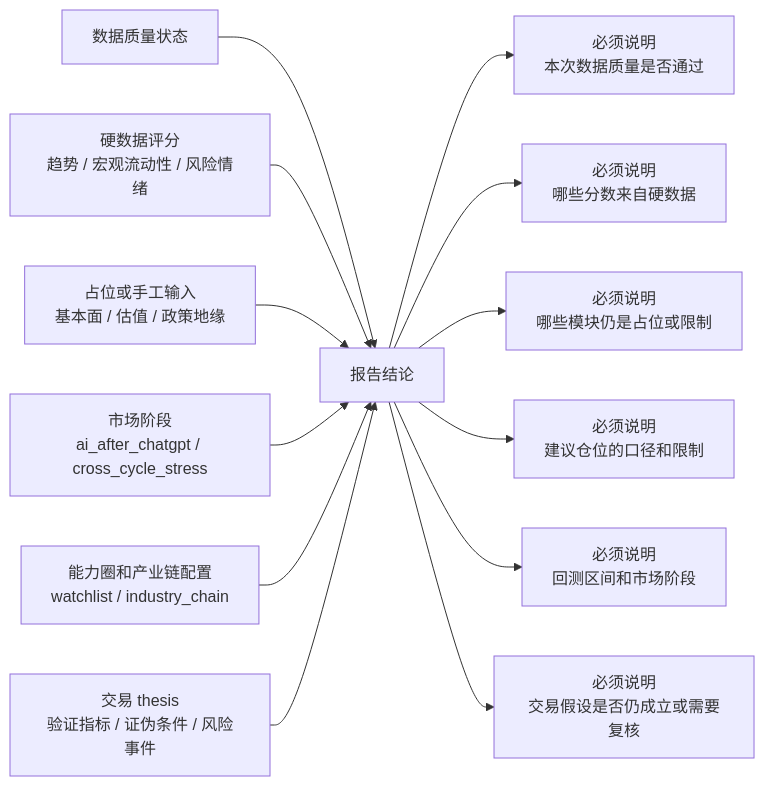
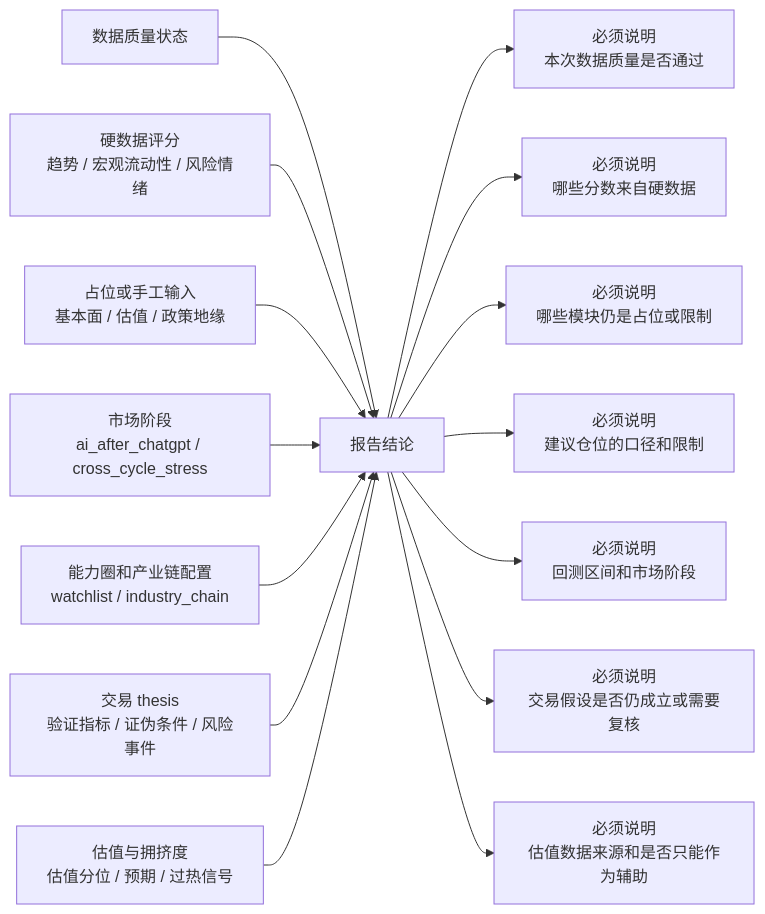
One commit to AI-Trading-Collaboration/AITradingSystem changed the fourth of 5 diagrams in docs/system_flow.md. Above: the diagram before and after it, drawn with Mermaid. The commit also changed other lines of this file and 9 other files, not shown here.

````diff
--- a/docs/system_flow.md
+++ b/docs/system_flow.md
@@ -201,16 +218,18 @@
 ```mermaid
 flowchart LR
     A["数据质量状态"] --> E["报告结论"]
     B["硬数据评分<br/>趋势 / 宏观流动性 / 风险情绪"] --> E
     C["占位或手工输入<br/>基本面 / 估值 / 政策地缘"] --> E
     D["市场阶段<br/>ai_after_chatgpt / cross_cycle_stress"] --> E
     F["能力圈和产业链配置<br/>watchlist / industry_chain"] --> E
     L["交易 thesis<br/>验证指标 / 证伪条件 / 风险事件"] --> E
+    N["估值与拥挤度<br/>估值分位 / 预期 / 过热信号"] --> E
 
     E --> G["必须说明<br/>本次数据质量是否通过"]
     E --> H["必须说明<br/>哪些分数来自硬数据"]
     E --> I["必须说明<br/>哪些模块仍是占位或限制"]
     E --> J["必须说明<br/>建议仓位的口径和限制"]
     E --> K["必须说明<br/>回测区间和市场阶段"]
     E --> M["必须说明<br/>交易假设是否仍成立或需要复核"]
+    E --> O["必须说明<br/>估值数据来源和是否只能作为辅助"]
 ```
````
